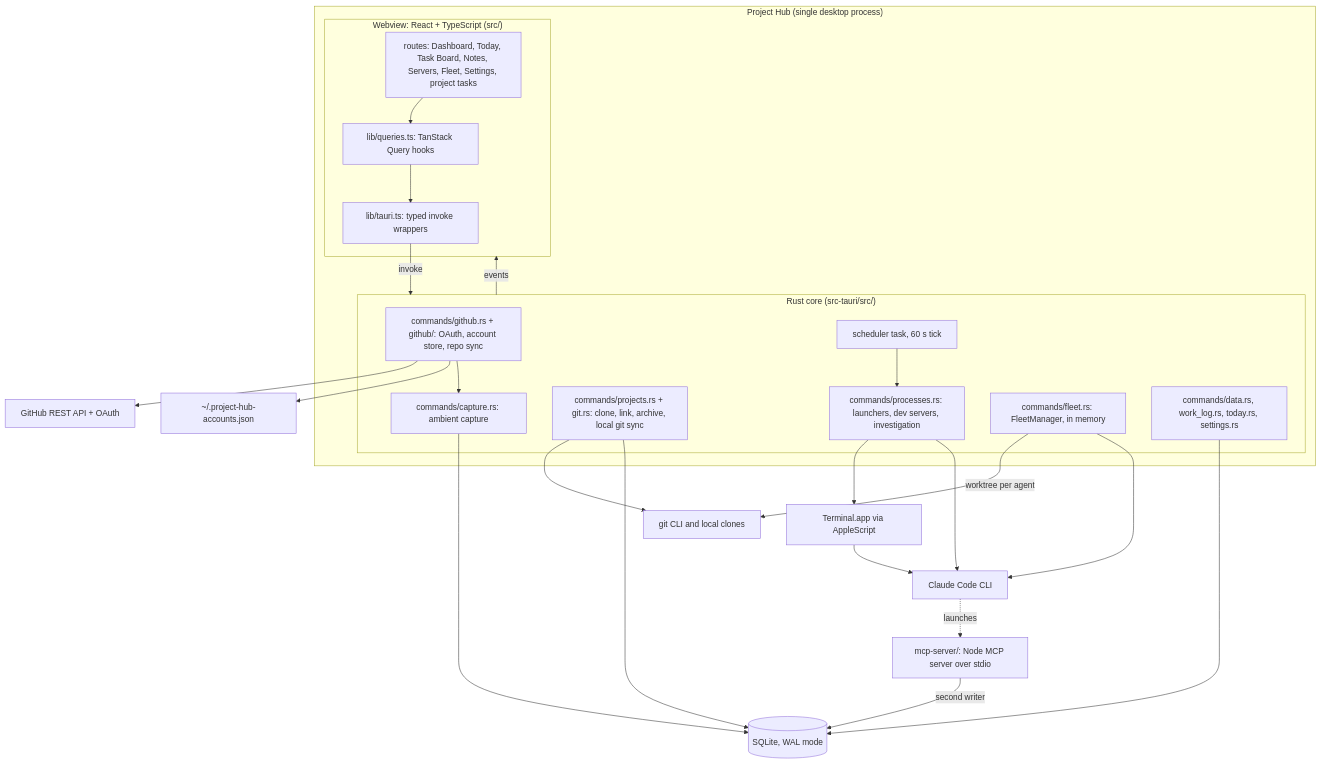
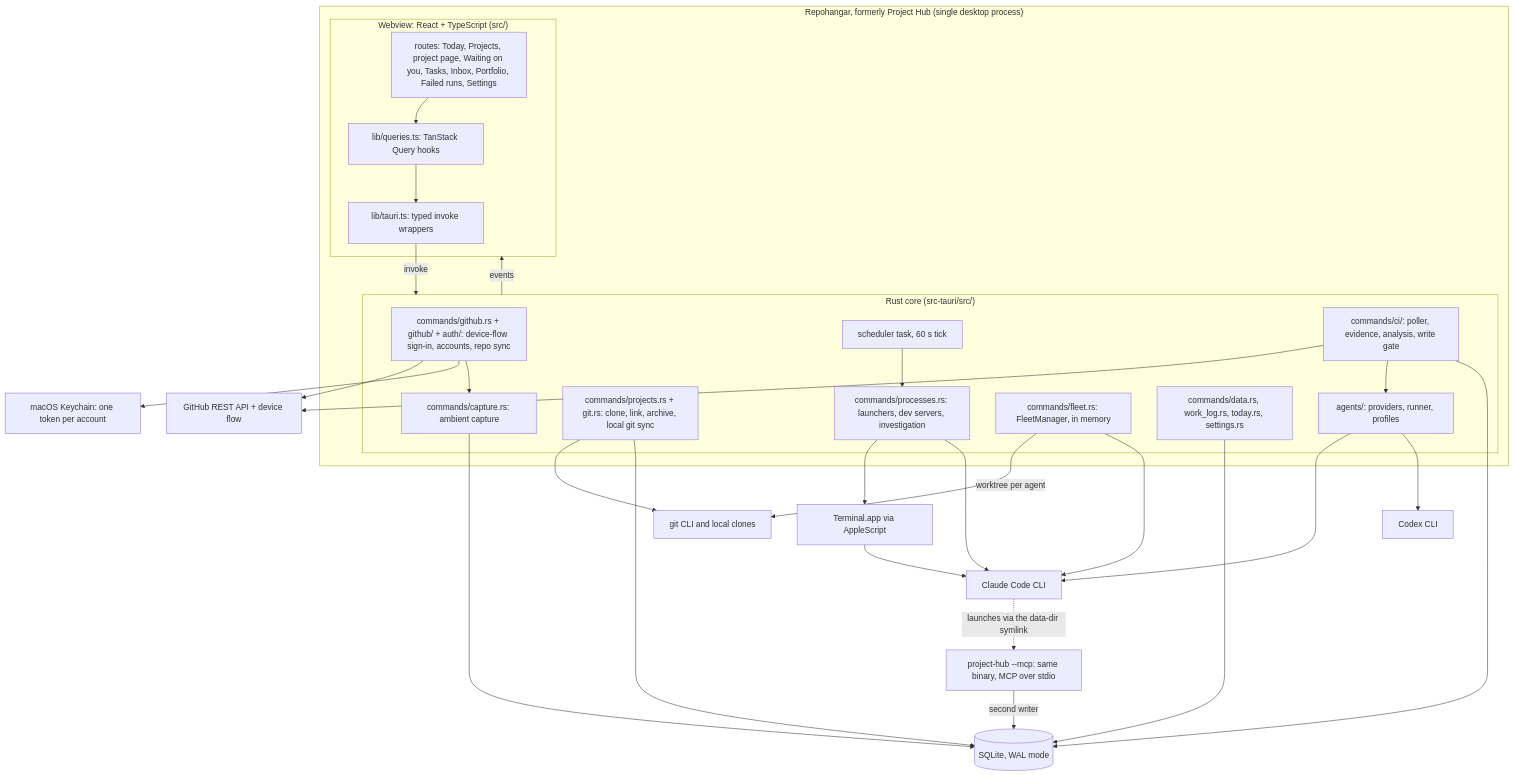
Before and after one commit to Technical-1/All-About-Me: the diagram in public/data/portfolio/Project-Hub/architecture.md, drawn with Mermaid. The commit also changed other lines of this file and 16 other files, not shown here.

````diff
--- a/public/data/portfolio/Project-Hub/architecture.md
+++ b/public/data/portfolio/Project-Hub/architecture.md
@@ -5,44 +5,51 @@
 ```mermaid
 flowchart TD
-    subgraph App["Project Hub (single desktop process)"]
+    subgraph App["Repohangar, formerly Project Hub (single desktop process)"]
         subgraph Webview["Webview: React + TypeScript (src/)"]
-            R[routes: Dashboard, Today, Task Board, Notes, Servers, Fleet, Settings, project tasks]
+            R[routes: Today, Projects, project page, Waiting on you, Tasks, Inbox, Portfolio, Failed runs, Settings]
             Q[lib/queries.ts: TanStack Query hooks]
             IPC[lib/tauri.ts: typed invoke wrappers]
         end
         subgraph Core["Rust core (src-tauri/src/)"]
-            GHC[commands/github.rs + github/: OAuth, account store, repo sync]
+            GHC[commands/github.rs + github/ + auth/: device-flow sign-in, accounts, repo sync]
             CAP[commands/capture.rs: ambient capture]
             PRJ[commands/projects.rs + git.rs: clone, link, archive, local git sync]
             PROC[commands/processes.rs: launchers, dev servers, investigation]
             FLEET[commands/fleet.rs: FleetManager, in memory]
             SCHED[scheduler task, 60 s tick]
             DATA[commands/data.rs, work_log.rs, today.rs, settings.rs]
+            CI[commands/ci/: poller, evidence, analysis, write gate]
+            AG[agents/: providers, runner, profiles]
         end
     end
 
     DB[(SQLite, WAL mode)]
-    MCP[mcp-server/: Node MCP server over stdio]
-    GH[GitHub REST API + OAuth]
+    MCP["project-hub --mcp: same binary, MCP over stdio"]
+    GH[GitHub REST API + device flow]
     GIT[git CLI and local clones]
     CC[Claude Code CLI]
     TERM[Terminal.app via AppleScript]
-    ACCT[~/.project-hub-accounts.json]
+    ACCT[macOS Keychain: one token per account]
 
     R --> Q --> IPC
     IPC -->|invoke| Core
     Core -->|events| Webview
     GHC --> GH
     GHC --> ACCT
     GHC --> CAP --> DB
     DATA --> DB
     PRJ --> GIT
     PRJ --> DB
     PROC --> TERM --> CC
     PROC --> CC
     FLEET -->|worktree per agent| GIT
     FLEET --> CC
     SCHED --> PROC
-    CC -. launches .-> MCP
+    CI --> GH
+    CI --> AG
+    AG --> CC
+    AG --> CDX[Codex CLI]
+    CI --> DB
+    CC -. launches via the data-dir symlink .-> MCP
     MCP -->|second writer| DB
 ```
````
